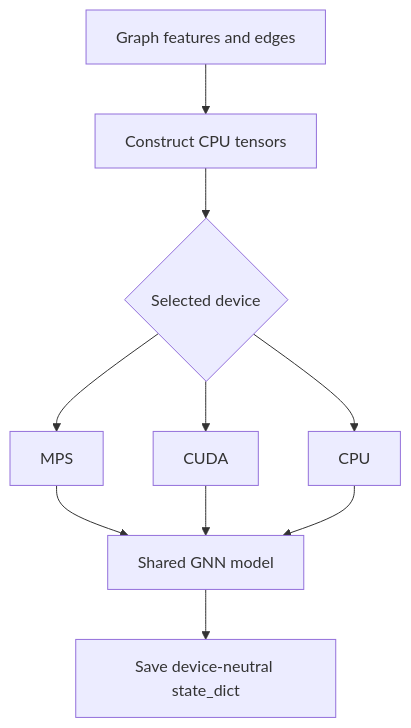
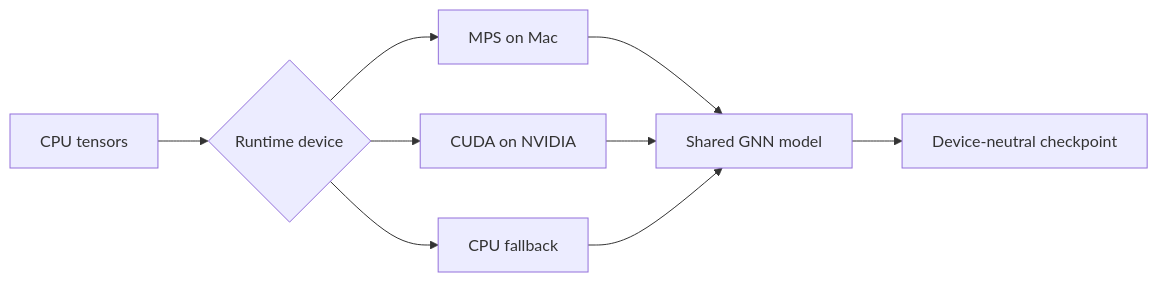
The diagram in docs/04-decisions/ADR-001-compute-portability.md (gh-andirdju/ml), drawn with Mermaid before and after one commit. The commit also changed other lines of this file and 19 other files, not shown here.

````diff
--- a/docs/04-decisions/ADR-001-compute-portability.md
+++ b/docs/04-decisions/ADR-001-compute-portability.md
@@ -43,12 +12,11 @@
 ```mermaid
-flowchart TD
-    feature[Graph features and edges] --> cpu[Construct CPU tensors]
-    cpu --> device{Selected device}
-    device --> mps[MPS]
-    device --> cuda[CUDA]
-    device --> fallback[CPU]
+flowchart LR
+    data[CPU tensors] --> select{Runtime device}
+    select --> mps[MPS on Mac]
+    select --> cuda[CUDA on NVIDIA]
+    select --> cpu[CPU fallback]
     mps --> model[Shared GNN model]
     cuda --> model
-    fallback --> model
-    model --> state[Save device-neutral state_dict]
+    cpu --> model
+    model --> checkpoint[Device-neutral checkpoint]
 ```
````
